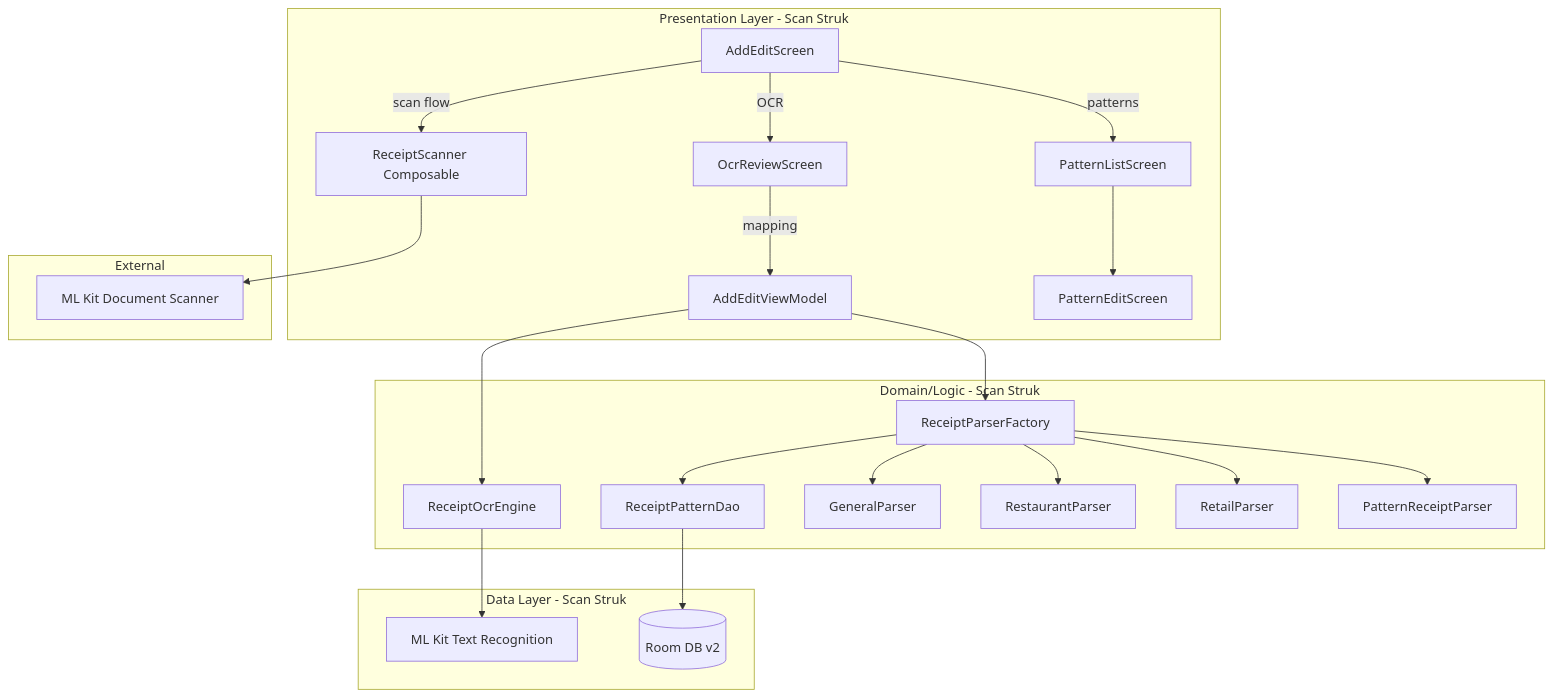
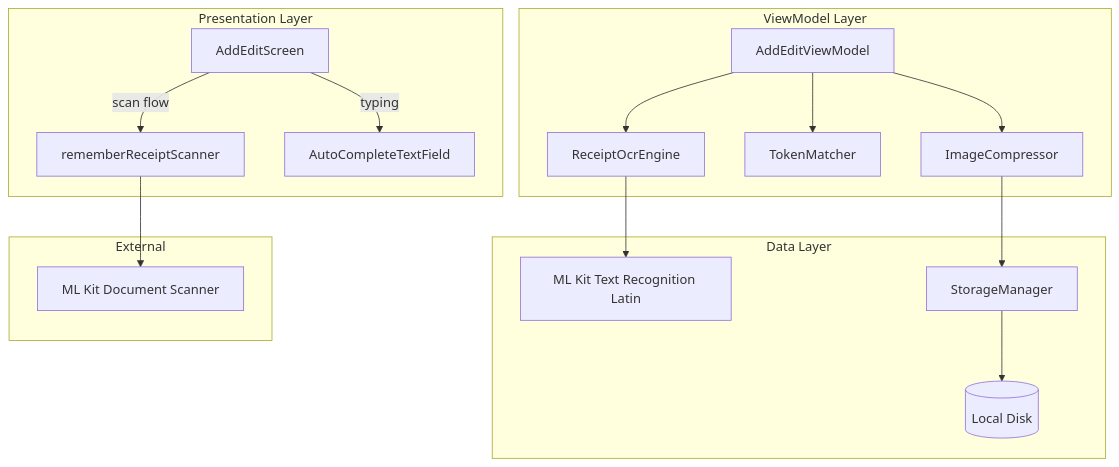
One commit to wilyanresna/bill-umaba changed the third of 3 diagrams in docs/architecture.md. Above: the diagram before and after it, drawn with Mermaid. The commit also changed other lines of this file and 5 other files, not shown here.

````diff
--- a/docs/architecture.md
+++ b/docs/architecture.md
@@ -303,29 +294,23 @@
 ```mermaid
 graph TD
-    subgraph Presentation_Layer [Presentation Layer - Scan Struk]
-        AddEditScreen -->|scan flow| ReceiptScanner[ReceiptScanner Composable]
-        AddEditScreen -->|OCR| OcrReviewScreen
-        OcrReviewScreen -->|mapping| AddEditViewModel
-        AddEditScreen -->|patterns| PatternListScreen
-        PatternListScreen --> PatternEditScreen
+    subgraph Presentation_Layer [Presentation Layer]
+        AddEditScreen -->|scan flow| ReceiptScanner[rememberReceiptScanner]
+        AddEditScreen -->|typing| AutoComplete[AutoCompleteTextField]
     end
 
-    subgraph Domain_Layer [Domain/Logic - Scan Struk]
-        AddEditViewModel --> ParserFactory[ReceiptParserFactory]
+    subgraph ViewModel_Layer [ViewModel Layer]
         AddEditViewModel --> OcrEngine[ReceiptOcrEngine]
-        ParserFactory --> PatternDao[ReceiptPatternDao]
-        ParserFactory --> GeneralParser
-        ParserFactory --> RestaurantParser
-        ParserFactory --> RetailParser
-        ParserFactory --> PatternParser[PatternReceiptParser]
+        AddEditViewModel --> TokenMatcher[TokenMatcher]
+        AddEditViewModel --> ImageCompressor
     end
 
-    subgraph Data_Layer [Data Layer - Scan Struk]
-        OcrEngine --> MLKit[ML Kit Text Recognition]
-        PatternDao --> RoomDB[(Room DB v2)]
+    subgraph Data_Layer [Data Layer]
+        OcrEngine --> MLKit[ML Kit Text Recognition Latin]
+        ImageCompressor --> StorageMgr[StorageManager]
+        StorageMgr --> Disk[(Local Disk)]
     end
 
     subgraph External
         ReceiptScanner --> DocScanner[ML Kit Document Scanner]
     end
 ```
````
